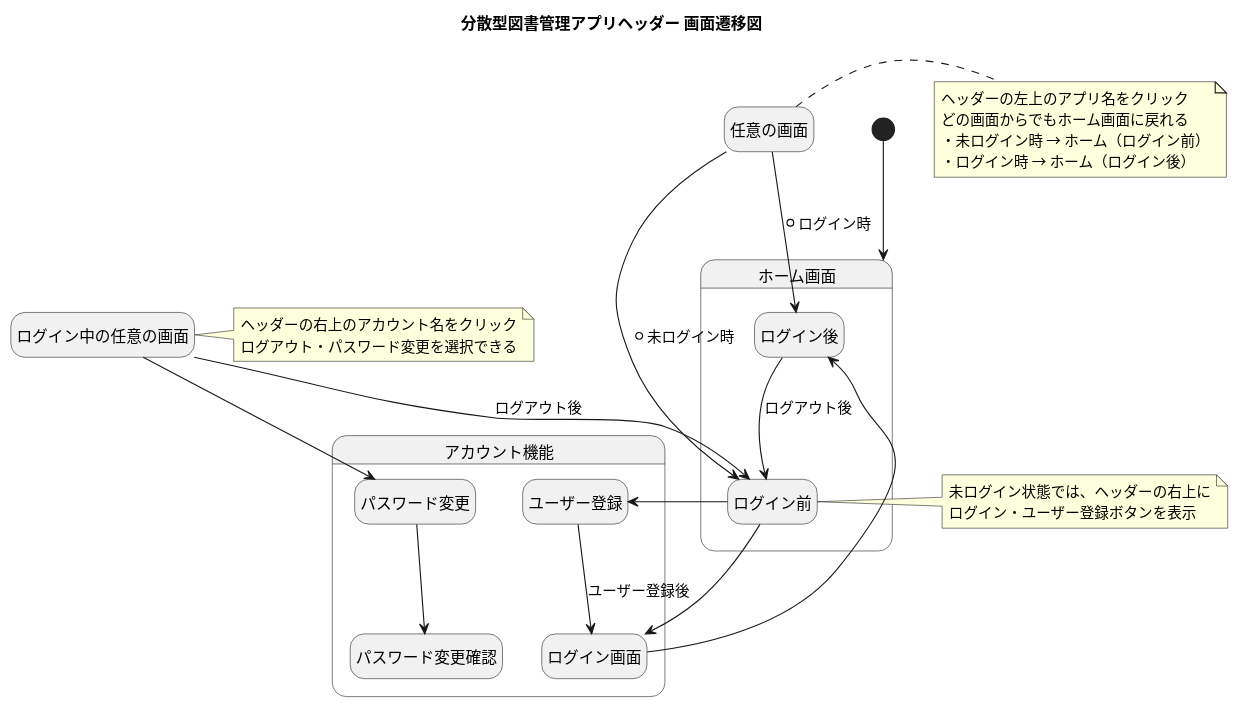
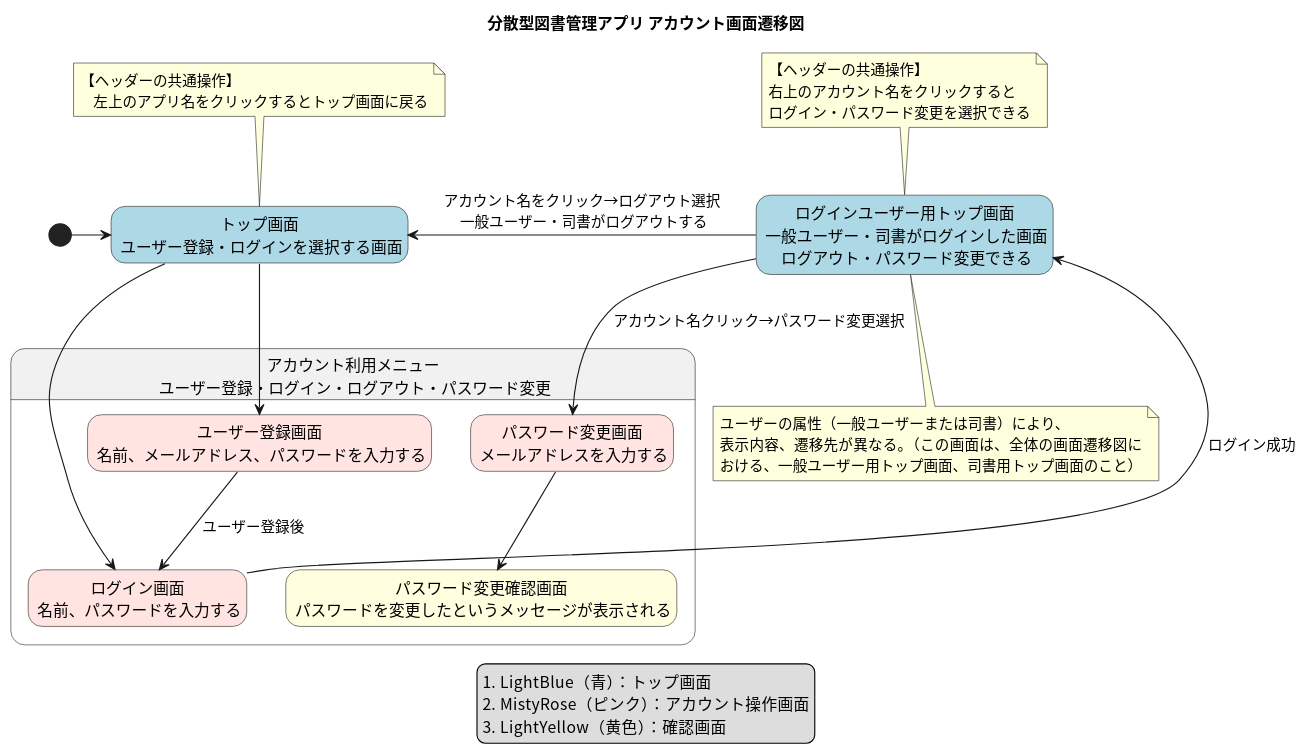
Before and after one commit to tomoki-shiozaki/distributed-library: the diagram in docs/screen_flow/header.pu, drawn with PlantUML. The commit also changed 4 other files, not shown here.

Commit message:
docs: add screen flow diagrams

```diff
--- a/docs/screen_flow/header.pu
+++ b/docs/screen_flow/header.pu
@@ -1,60 +1,62 @@
-@startuml screen_header_flow
+@startuml account_flow
 skinparam defaultFontName "Noto Sans CJK JP"
 hide empty description
 
 
-title 分散型図書管理アプリヘッダー 画面遷移図
+title 分散型図書管理アプリ アカウント画面遷移図
 
-' 状態の定義
-state 任意の画面
-state ログイン中の任意の画面
 
-[*] --> ホーム画面
-state ホーム画面 {
-    state ログイン前
-    state ログイン後
-    ログイン後 --> ログイン前 : ログアウト後  
+[*] -right-> notLogin
+
+    state "トップ画面\n ユーザー登録・ログインを選択する画面" as notLogin <<トップ画面>>
+    state "ログインユーザー用トップ画面\n 一般ユーザー・司書がログインした画面\n ログアウト・パスワード変更できる" as top <<トップ画面>>
+    top -left-> notLogin : アカウント名をクリック→ログアウト選択\n 一般ユーザー・司書がログアウトする
+
+note bottom of top
+ユーザーの属性（一般ユーザーまたは司書）により、
+表示内容、遷移先が異なる。（この画面は、全体の画面遷移図に
+おける、一般ユーザー用トップ画面、司書用トップ画面のこと）
+end note
+
+state "アカウント利用メニュー\n ユーザー登録・ログイン・ログアウト・パスワード変更" as account1 {
+    state "ログイン画面\n 名前、パスワードを入力する" as login <<アカウント操作>>
+    state "ユーザー登録画面\n 名前、メールアドレス、パスワードを入力する" as userRegistration <<アカウント操作>>
+    
+    userRegistration --> login : ユーザー登録後
+
+    state "パスワード変更画面\n メールアドレスを入力する" as passwordChange <<アカウント操作>>
+    state "パスワード変更確認画面\n パスワードを変更したというメッセージが表示される" as passwordConfirm <<確認>>
+    passwordChange --> passwordConfirm
 }
 
-state アカウント機能 {
-    state ログイン画面
-    state パスワード変更
-    state ユーザー登録
-    state パスワード変更確認
-    パスワード変更 --> パスワード変更確認
-    ユーザー登録 --> ログイン画面 : ユーザー登録後
+notLogin --> login
+notLogin --> userRegistration
+
+top --> passwordChange : アカウント名クリック→パスワード変更選択
+login --> top : ログイン成功
+
+
+note top of notLogin
+【ヘッダーの共通操作】 
+    左上のアプリ名をクリックするとトップ画面に戻る
+endnote 
+
+note top of top
+【ヘッダーの共通操作】
+右上のアカウント名をクリックすると
+ログイン・パスワード変更を選択できる
+end note
+
+skinparam state {
+  BackgroundColor<<トップ画面>> LightBlue
+  BackgroundColor<<アカウント操作>> MistyRose
+  BackgroundColor<<確認>> LightYellow
 }
 
-
-
-'　ホーム画面とアカウント機能の遷移
-ログイン前 --> ログイン画面
-ログイン画面 --> ログイン後 
-ログイン前 --> ユーザー登録
-
-
-
-' ヘッダー
-任意の画面 --> ログイン前 : *未ログイン時
-任意の画面 --> ログイン後 : *ログイン時
-ログイン中の任意の画面 --> ログイン前 : ログアウト後
-ログイン中の任意の画面 --> パスワード変更
-
-note right of 任意の画面 
-    ヘッダーの左上のアプリ名をクリック
-    どの画面からでもホーム画面に戻れる
-    ・未ログイン時 → ホーム（ログイン前）
-    ・ログイン時 → ホーム（ログイン後）
-endnote 
-note right of ログイン中の任意の画面
-    ヘッダーの右上のアカウント名をクリック
-    ログアウト・パスワード変更を選択できる
-endnote 
-
-note right of ログイン前
-未ログイン状態では、ヘッダーの右上に
-ログイン・ユーザー登録ボタンを表示
-end note
-
+legend bottom 
+#LightBlue（青）：トップ画面
+#MistyRose（ピンク）：アカウント操作画面
+#LightYellow（黄色）：確認画面
+end legend
 
 @enduml
```
